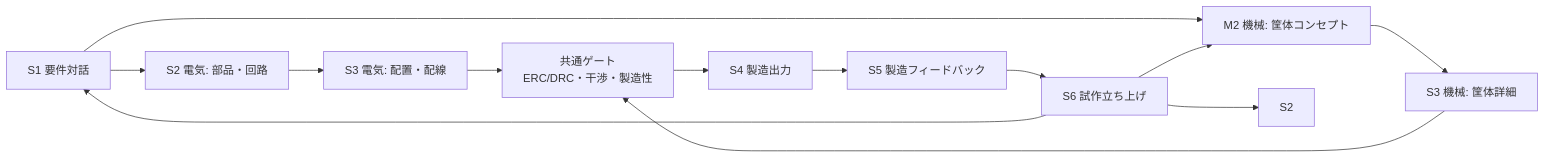
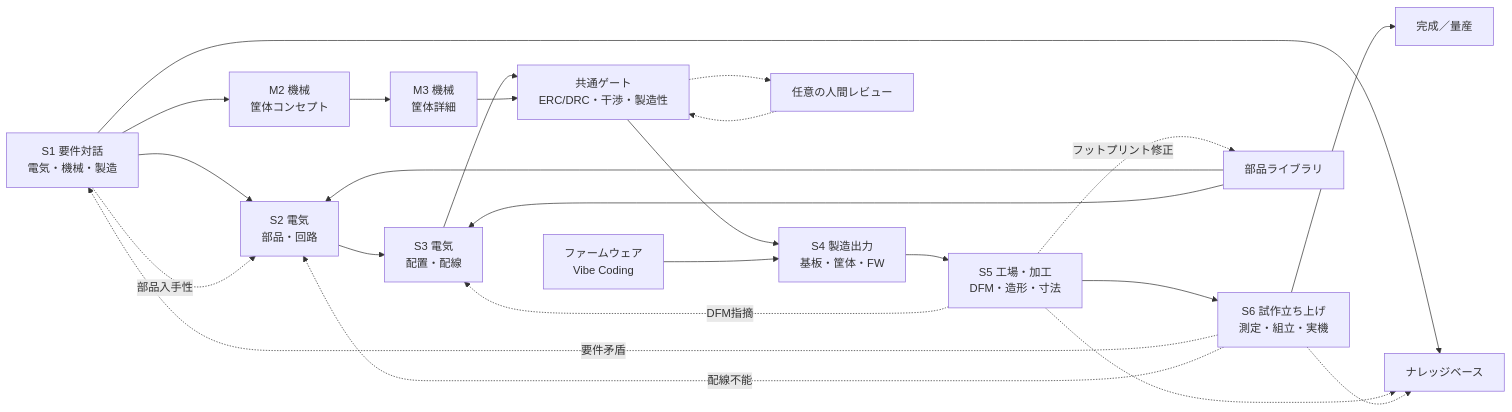
The diagram in README.md (uist1idrju3i/acd-agent), drawn with Mermaid before and after one commit. The commit also changed other lines of this file and 5 other files, not shown here.

````diff
--- a/README.md
+++ b/README.md
@@ -61,15 +70,26 @@
 ```mermaid
 flowchart LR
-    S1["S1 要件対話"] --> E2["S2 電気: 部品・回路"]
-    S1 --> M2["M2 機械: 筐体コンセプト"]
-    E2 --> E3["S3 電気: 配置・配線"]
-    M2 --> M3["S3 機械: 筐体詳細"]
+    S1["S1 要件対話<br/>電気・機械・製造"] --> E2["S2 電気<br/>部品・回路"]
+    S1 --> M2["M2 機械<br/>筐体コンセプト"]
+    E2 --> E3["S3 電気<br/>配置・配線"]
+    M2 --> M3["M3 機械<br/>筐体詳細"]
     E3 --> G["共通ゲート<br/>ERC/DRC・干渉・製造性"]
     M3 --> G
-    G --> S4["S4 製造出力"]
-    S4 --> S5["S5 製造フィードバック"]
-    S5 --> S6["S6 試作立ち上げ"]
-    S6 --> S1
-    S6 --> S2
-    S6 --> M2
+    G --> S4["S4 製造出力<br/>基板・筐体・FW"]
+    S4 --> S5["S5 工場・加工<br/>DFM・造形・寸法"]
+    S5 --> S6["S6 試作立ち上げ<br/>測定・組立・実機"]
+    S6 --> DONE["完成／量産"]
+    S1 --> KB["ナレッジベース"]
+    LIB["部品ライブラリ"] --> E2
+    LIB --> E3
+    FW["ファームウェア<br/>Vibe Coding"] --> S4
+    G -.-> HR["任意の人間レビュー"]
+    HR -.-> G
+    S6 -.->|要件矛盾| S1
+    S6 -.->|配線不能| E2
+    S5 -.->|DFM指摘| E3
+    S1 -.->|部品入手性| E2
+    S5 -.->|フットプリント修正| LIB
+    S5 -.-> KB
+    S6 -.-> KB
 ```
````
